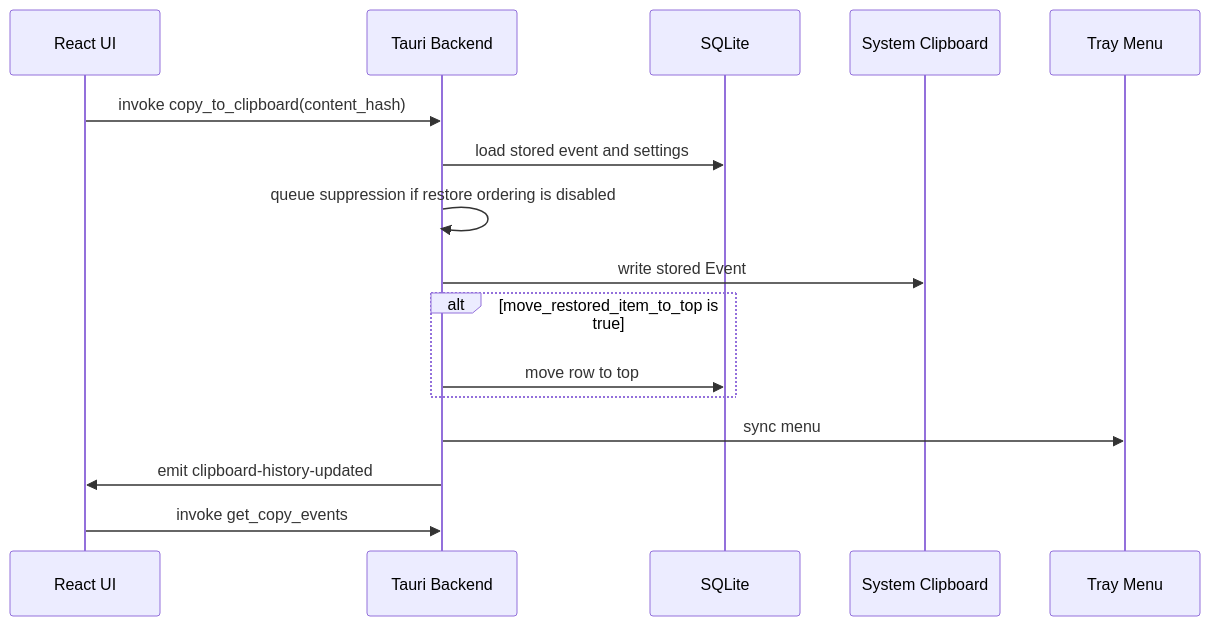
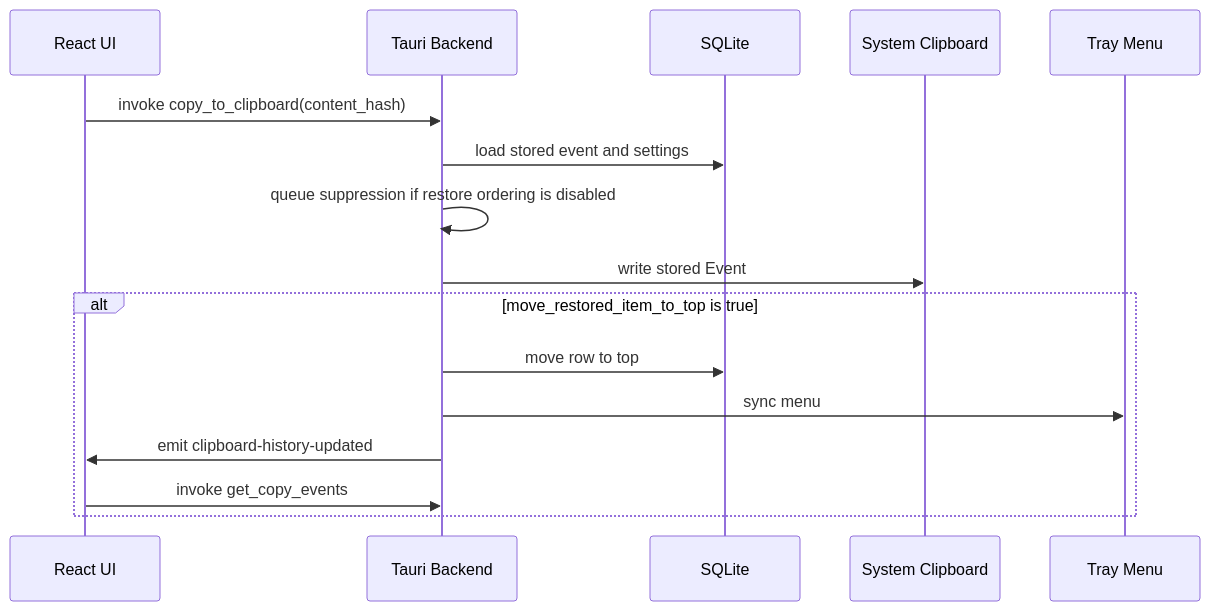
Before and after one commit to vdpw/copy_stack: the second of 2 diagrams in docs/clipboard-flows.md, drawn with Mermaid. The commit also changed other lines of this file and 7 other files, not shown here.

Commit message:
Add HTML previews and filter unsupported clipboard events

````diff
--- a/docs/clipboard-flows.md
+++ b/docs/clipboard-flows.md
@@ -47,19 +49,19 @@
 ```mermaid
 sequenceDiagram
   participant UI as React UI
   participant Backend as Tauri Backend
   participant DB as SQLite
   participant Clipboard as System Clipboard
   participant Tray as Tray Menu
 
   UI->>Backend: invoke copy_to_clipboard(content_hash)
   Backend->>DB: load stored event and settings
   Backend->>Backend: queue suppression if restore ordering is disabled
   Backend->>Clipboard: write stored Event
   alt move_restored_item_to_top is true
     Backend->>DB: move row to top
+    Backend->>Tray: sync menu
+    Backend->>UI: emit clipboard-history-updated
+    UI->>Backend: invoke get_copy_events
   end
-  Backend->>Tray: sync menu
-  Backend->>UI: emit clipboard-history-updated
-  UI->>Backend: invoke get_copy_events
 ```
````
